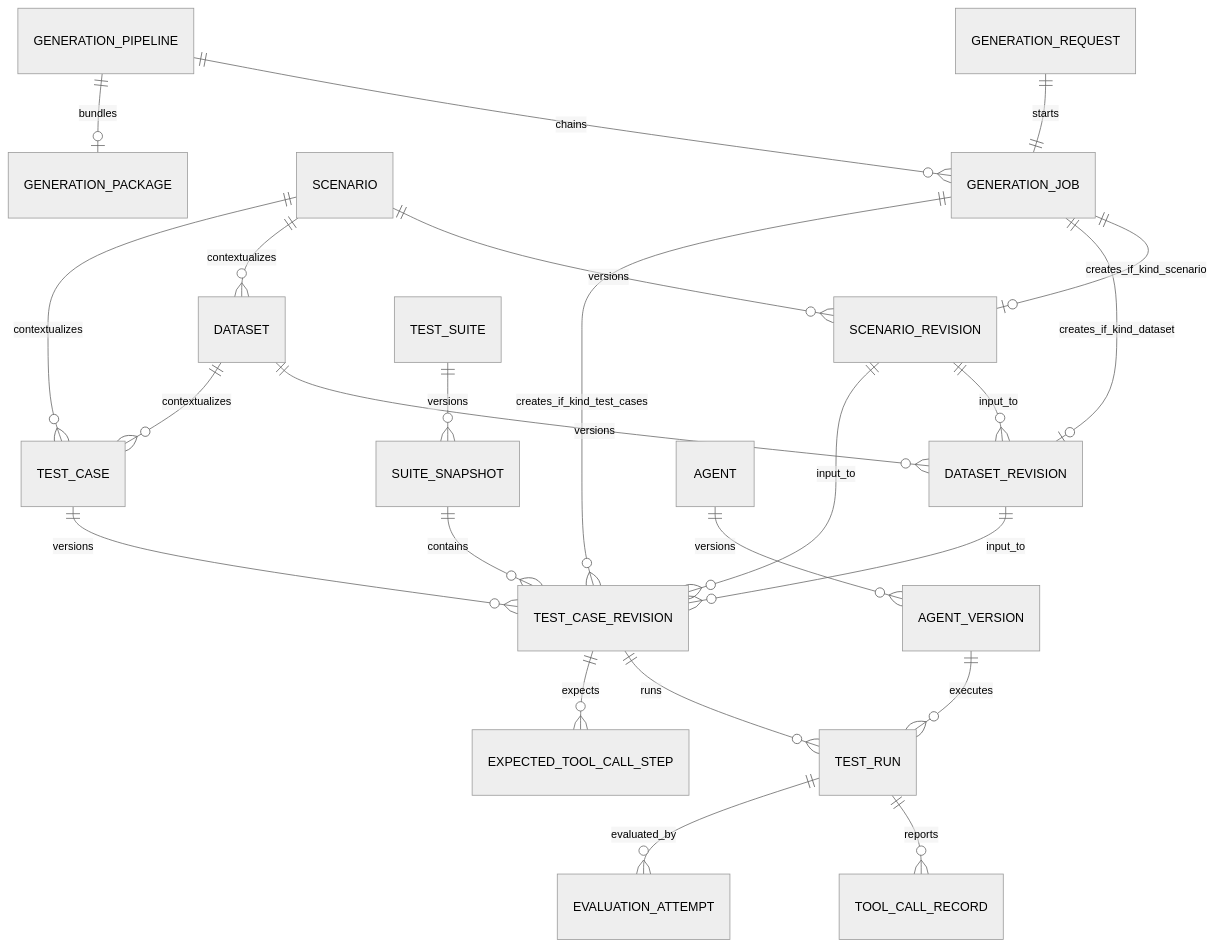
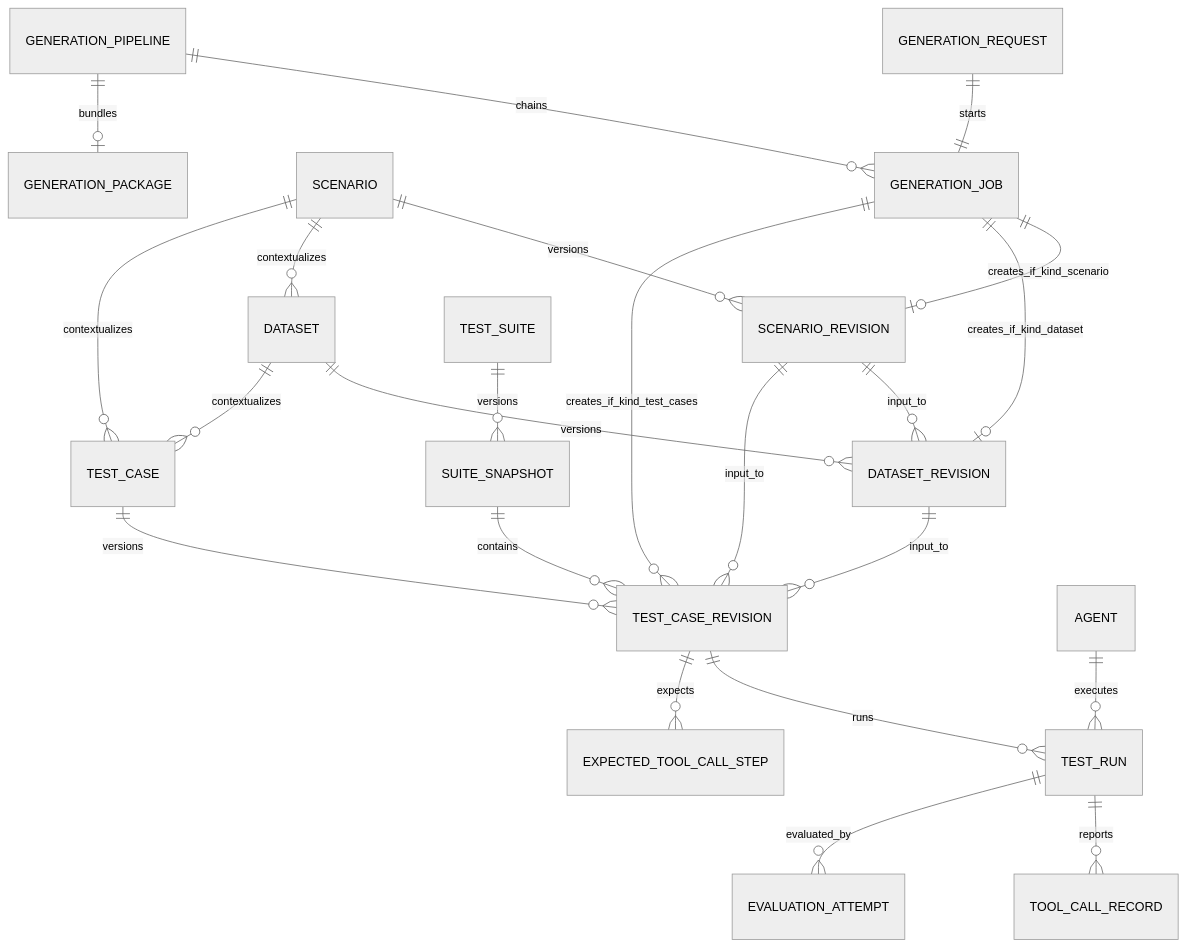
The second of 5 diagrams in docs/architecture.md (luoxiaojun1992/agent-test-platform), drawn with Mermaid (neutral theme) before and after one commit. The commit also changed other lines of this file and 68 other files, not shown here.

First line of the commit message:
Unify Agent Version concept into Agent under test + CI (#1)

````diff
--- a/docs/architecture.md
+++ b/docs/architecture.md
@@ -223,32 +223,31 @@
 ```mermaid
 erDiagram
     GENERATION_REQUEST ||--|| GENERATION_JOB : starts
     GENERATION_PIPELINE ||--o{ GENERATION_JOB : chains
     GENERATION_JOB ||--o| SCENARIO_REVISION : creates_if_kind_scenario
     GENERATION_JOB ||--o| DATASET_REVISION : creates_if_kind_dataset
     GENERATION_JOB ||--o{ TEST_CASE_REVISION : creates_if_kind_test_cases
 
     SCENARIO ||--o{ SCENARIO_REVISION : versions
     DATASET ||--o{ DATASET_REVISION : versions
     TEST_CASE ||--o{ TEST_CASE_REVISION : versions
 
     SCENARIO ||--o{ DATASET : contextualizes
     SCENARIO ||--o{ TEST_CASE : contextualizes
     DATASET ||--o{ TEST_CASE : contextualizes
 
     SCENARIO_REVISION ||--o{ DATASET_REVISION : input_to
     SCENARIO_REVISION ||--o{ TEST_CASE_REVISION : input_to
     DATASET_REVISION ||--o{ TEST_CASE_REVISION : input_to
 
     GENERATION_PIPELINE ||--o| GENERATION_PACKAGE : bundles
 
     TEST_SUITE ||--o{ SUITE_SNAPSHOT : versions
     SUITE_SNAPSHOT ||--o{ TEST_CASE_REVISION : contains
 
-    AGENT ||--o{ AGENT_VERSION : versions
+    AGENT ||--o{ TEST_RUN : executes
     TEST_CASE_REVISION ||--o{ TEST_RUN : runs
-    AGENT_VERSION ||--o{ TEST_RUN : executes
     TEST_CASE_REVISION ||--o{ EXPECTED_TOOL_CALL_STEP : expects
     TEST_RUN ||--o{ TOOL_CALL_RECORD : reports
     TEST_RUN ||--o{ EVALUATION_ATTEMPT : evaluated_by
 ```
````
